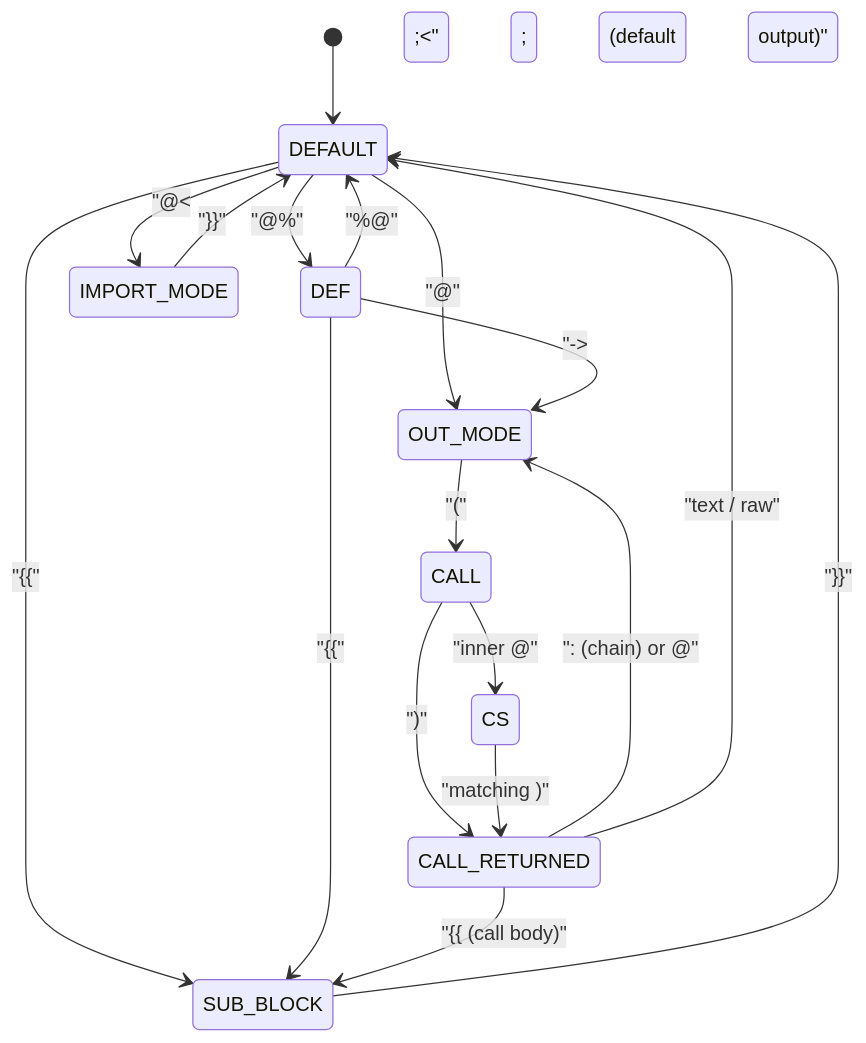
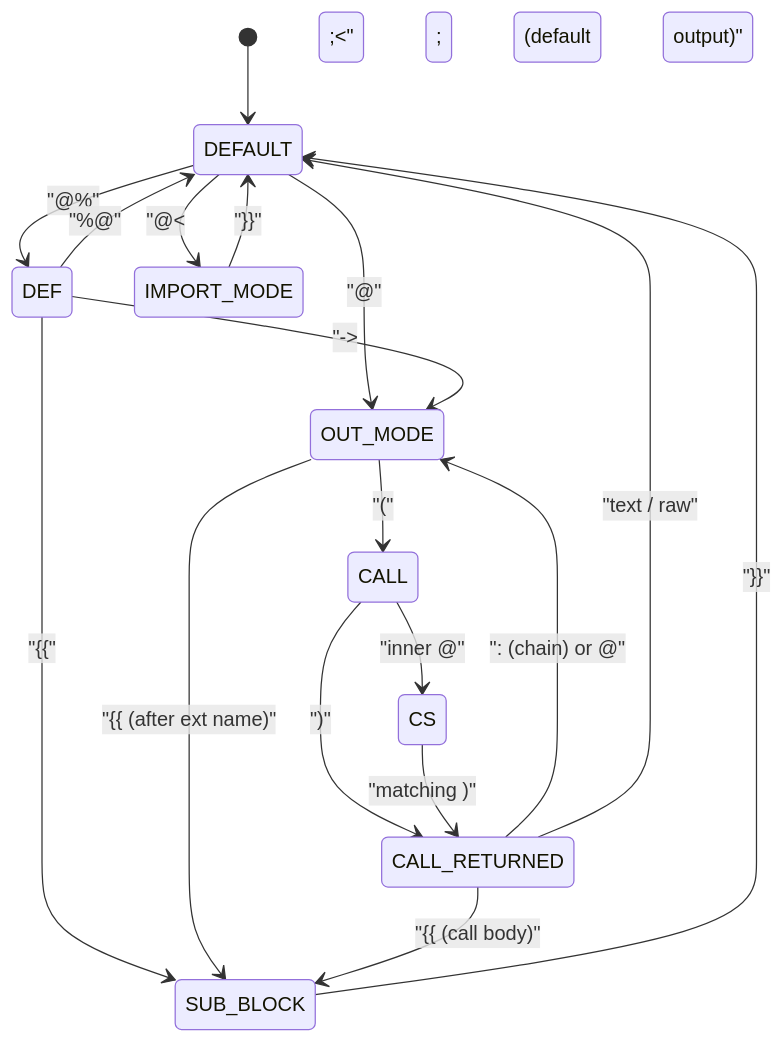
The second of 2 diagrams in docs/architecture.md (multiarc/Heddle), drawn with Mermaid before and after one commit. The commit also changed other lines of this file and 15 other files, not shown here.

````diff
--- a/docs/architecture.md
+++ b/docs/architecture.md
@@ -59,25 +62,26 @@
 ```mermaid
 stateDiagram-v2
     state "DEFAULT" as Top
     [*] --> Top
     Top --> DEF: "@%"
     Top --> IMPORT_MODE: "@&lt;&lt;"
     Top --> OUT_MODE: "@"
-    Top --> SUB_BLOCK: "{{"
 
     DEF --> SUB_BLOCK: "{{"
     DEF --> OUT_MODE: "-&gt; (default output)"
     DEF --> Top: "%@"
+
+    OUT_MODE --> SUB_BLOCK: "{{ (after ext name)"
 
     SUB_BLOCK --> Top: "}}"
     IMPORT_MODE --> Top: "}}"
 
     OUT_MODE --> CALL: "("
     CALL --> CS: "inner @"
     CALL --> CALL_RETURNED: ")"
     CS --> CALL_RETURNED: "matching )"
 
     CALL_RETURNED --> OUT_MODE: ": (chain) or @"
     CALL_RETURNED --> SUB_BLOCK: "{{ (call body)"
     CALL_RETURNED --> Top: "text / raw"
 ```
````
